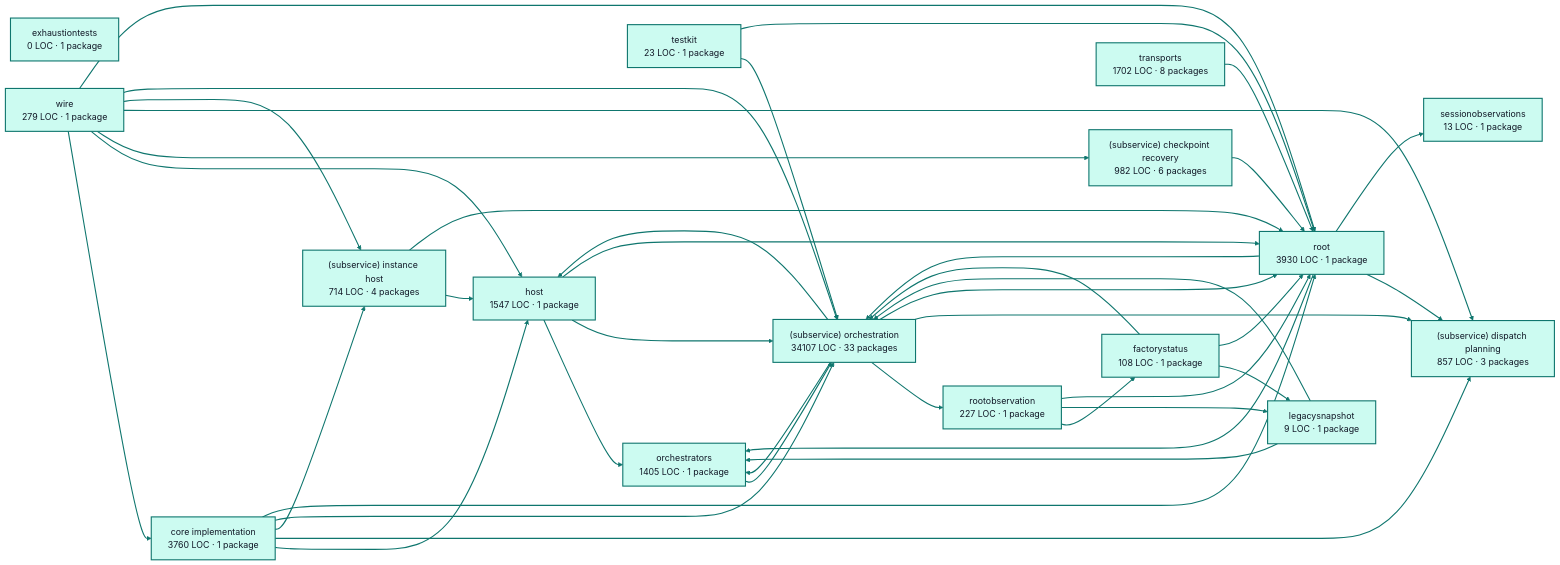
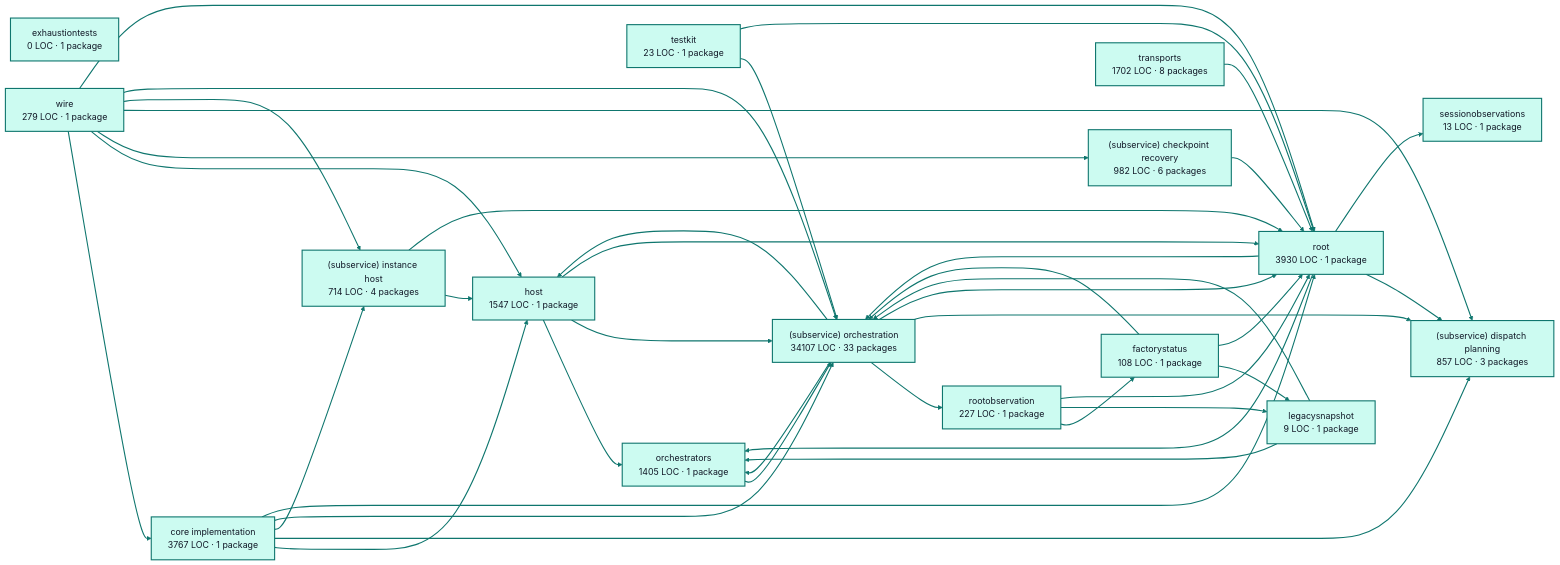
The diagram in docs/architecture/visualizations/services/factory_runtime.md (portpowered/you-agent-factory), drawn with Mermaid before and after one commit. The commit also changed other lines of this file and 20 other files, not shown here.

Commit message:
docs: refresh backend architecture visualizations

````diff
--- a/docs/architecture/visualizations/services/factory_runtime.md
+++ b/docs/architecture/visualizations/services/factory_runtime.md
@@ -11,75 +11,75 @@
 ```mermaid
 flowchart LR
-  p0["core implementation<br/>3760 LOC · 1 package"]
+  p0["core implementation<br/>3767 LOC · 1 package"]
   p1["exhaustiontests<br/>0 LOC · 1 package"]
   p2["factorystatus<br/>108 LOC · 1 package"]
   p3["host<br/>1547 LOC · 1 package"]
   p4["legacysnapshot<br/>9 LOC · 1 package"]
   p5["orchestrators<br/>1405 LOC · 1 package"]
   p6["rootobservation<br/>227 LOC · 1 package"]
   p7["(subservice) checkpoint recovery<br/>982 LOC · 6 packages"]
   p8["(subservice) dispatch planning<br/>857 LOC · 3 packages"]
   p9["(subservice) instance host<br/>714 LOC · 4 packages"]
   p10["(subservice) orchestration<br/>34107 LOC · 33 packages"]
   p11["sessionobservations<br/>13 LOC · 1 package"]
   p12["testkit<br/>23 LOC · 1 package"]
   p13["root<br/>3930 LOC · 1 package"]
   p14["transports<br/>1702 LOC · 8 packages"]
   p15["wire<br/>279 LOC · 1 package"]
   p0 --> p3
   p0 --> p8
   p0 --> p9
   p0 --> p10
   p0 --> p13
   p2 --> p4
   p2 --> p10
   p2 --> p13
   p3 --> p5
   p3 --> p10
   p3 --> p13
   p4 --> p5
   p4 --> p10
   p5 --> p10
   p6 --> p2
   p6 --> p4
   p6 --> p13
   p7 --> p13
   p9 --> p3
   p9 --> p13
   p10 --> p3
   p10 --> p5
   p10 --> p6
   p10 --> p8
   p10 --> p13
   p12 --> p10
   p12 --> p13
   p13 --> p5
   p13 --> p8
   p13 --> p10
   p13 --> p11
   p14 --> p13
   p15 --> p0
   p15 --> p3
   p15 --> p7
   p15 --> p8
   p15 --> p9
   p15 --> p10
   p15 --> p13
   style p0 fill:#ccfbf1,stroke:#0f766e,stroke-width:2px,color:#111827
   style p1 fill:#ccfbf1,stroke:#0f766e,stroke-width:2px,color:#111827
   style p2 fill:#ccfbf1,stroke:#0f766e,stroke-width:2px,color:#111827
   style p3 fill:#ccfbf1,stroke:#0f766e,stroke-width:2px,color:#111827
   style p4 fill:#ccfbf1,stroke:#0f766e,stroke-width:2px,color:#111827
   style p5 fill:#ccfbf1,stroke:#0f766e,stroke-width:2px,color:#111827
   style p6 fill:#ccfbf1,stroke:#0f766e,stroke-width:2px,color:#111827
   style p7 fill:#ccfbf1,stroke:#0f766e,stroke-width:2px,color:#111827
   style p8 fill:#ccfbf1,stroke:#0f766e,stroke-width:2px,color:#111827
   style p9 fill:#ccfbf1,stroke:#0f766e,stroke-width:2px,color:#111827
   style p10 fill:#ccfbf1,stroke:#0f766e,stroke-width:2px,color:#111827
   style p11 fill:#ccfbf1,stroke:#0f766e,stroke-width:2px,color:#111827
   style p12 fill:#ccfbf1,stroke:#0f766e,stroke-width:2px,color:#111827
   style p13 fill:#ccfbf1,stroke:#0f766e,stroke-width:2px,color:#111827
   style p14 fill:#ccfbf1,stroke:#0f766e,stroke-width:2px,color:#111827
   style p15 fill:#ccfbf1,stroke:#0f766e,stroke-width:2px,color:#111827
   linkStyle default stroke:#0f766e,stroke-width:2px
 ```
````
